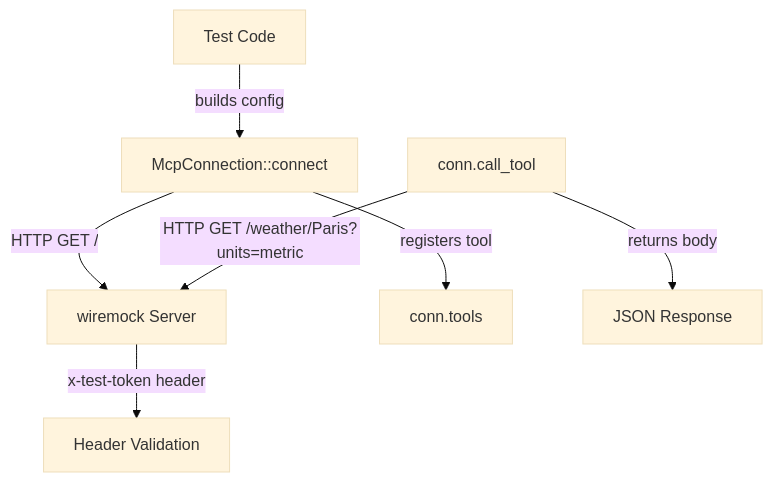
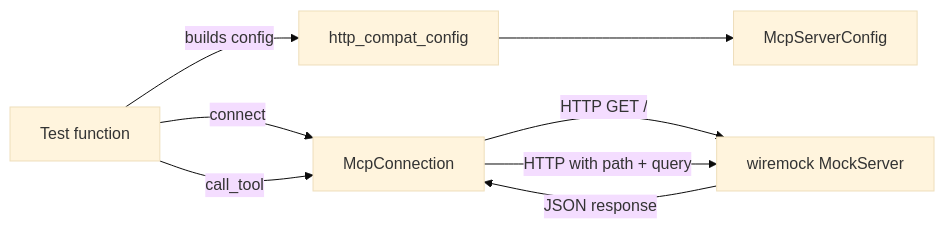
Before and after one commit to leszek3737/librefang-WIki: the diagram in other-librefang-runtime-mcp-tests.md, drawn with Mermaid (base theme). The commit also changed other lines of this file and 119 other files, not shown here.

````diff
--- a/other-librefang-runtime-mcp-tests.md
+++ b/other-librefang-runtime-mcp-tests.md
@@ -21,9 +21,10 @@
 ```mermaid
-graph TD
-    TC[Test Code] -->|builds config| MCC[McpConnection::connect]
-    MCC -->|HTTP GET /| WS[wiremock Server]
-    MCC -->|registers tool| TL[conn.tools]
-    CT[conn.call_tool] -->|HTTP GET /weather/Paris?units=metric| WS
-    CT -->|returns body| RESP[JSON Response]
-    WS -->|x-test-token header| H[Header Validation]
+flowchart LR
+    T[Test function] -->|builds config| H[http_compat_config]
+    H --> C[McpServerConfig]
+    T -->|connect| MC[McpConnection]
+    MC -->|HTTP GET /| WS[wiremock MockServer]
+    T -->|call_tool| MC
+    MC -->|HTTP with path + query| WS
+    WS -->|JSON response| MC
 ```
````
